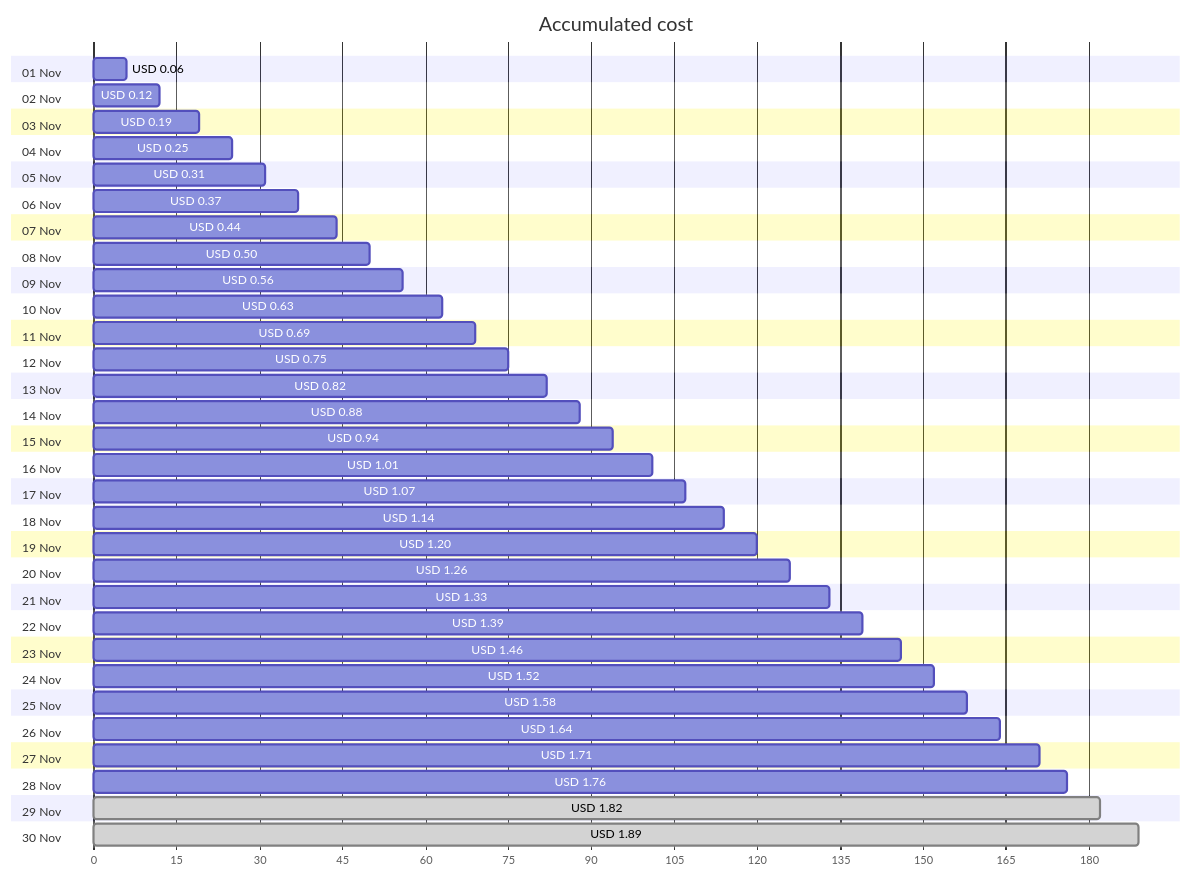
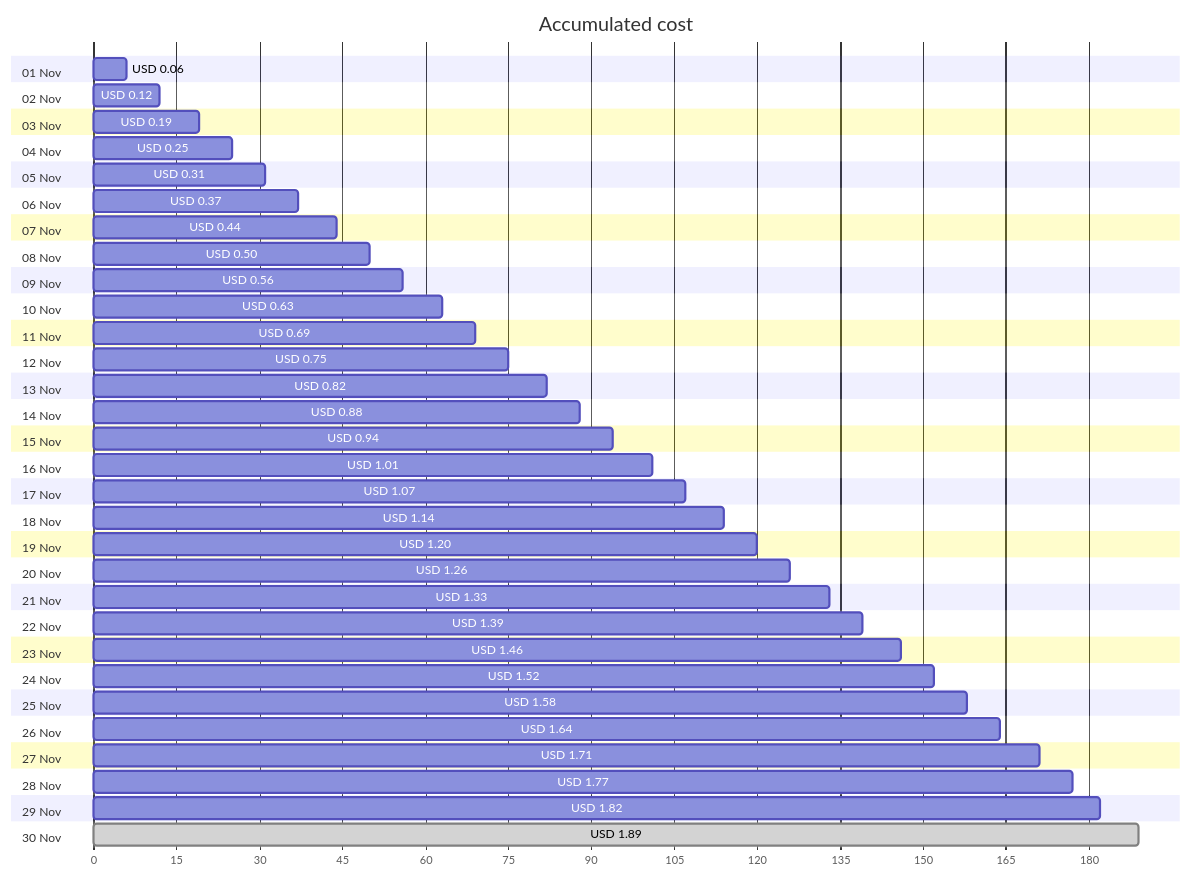
One commit to jpfulton/azure-personal-reports changed the first of 4 diagrams in cost-reports/personal-network/backup-server_OsDisk.md. Above: the diagram before and after it, drawn with Mermaid. The commit also changed other lines of this file and 8 other files, not shown here.

````diff
--- a/cost-reports/personal-network/backup-server_OsDisk.md
+++ b/cost-reports/personal-network/backup-server_OsDisk.md
@@ -20,66 +20,66 @@
 ```mermaid
 gantt
    title Accumulated cost
    dateFormat  X
    axisFormat %s
    section 01 Nov
    USD 0.06 :0, 6
    section 02 Nov
    USD 0.12 :0, 12
    section 03 Nov
    USD 0.19 :0, 19
    section 04 Nov
    USD 0.25 :0, 25
    section 05 Nov
    USD 0.31 :0, 31
    section 06 Nov
    USD 0.37 :0, 37
    section 07 Nov
    USD 0.44 :0, 44
    section 08 Nov
    USD 0.50 :0, 50
    section 09 Nov
    USD 0.56 :0, 56
    section 10 Nov
    USD 0.63 :0, 63
    section 11 Nov
    USD 0.69 :0, 69
    section 12 Nov
    USD 0.75 :0, 75
    section 13 Nov
    USD 0.82 :0, 82
    section 14 Nov
    USD 0.88 :0, 88
    section 15 Nov
    USD 0.94 :0, 94
    section 16 Nov
    USD 1.01 :0, 101
    section 17 Nov
    USD 1.07 :0, 107
    section 18 Nov
    USD 1.14 :0, 114
    section 19 Nov
    USD 1.20 :0, 120
    section 20 Nov
    USD 1.26 :0, 126
    section 21 Nov
    USD 1.33 :0, 133
    section 22 Nov
    USD 1.39 :0, 139
    section 23 Nov
    USD 1.46 :0, 146
    section 24 Nov
    USD 1.52 :0, 152
    section 25 Nov
    USD 1.58 :0, 158
    section 26 Nov
    USD 1.64 :0, 164
    section 27 Nov
    USD 1.71 :0, 171
    section 28 Nov
-   USD 1.76 :0, 176
+   USD 1.77 :0, 177
    section 29 Nov
-   USD 1.82 : done, 0, 182
+   USD 1.82 :0, 182
    section 30 Nov
    USD 1.89 : done, 0, 189
 ```
````
